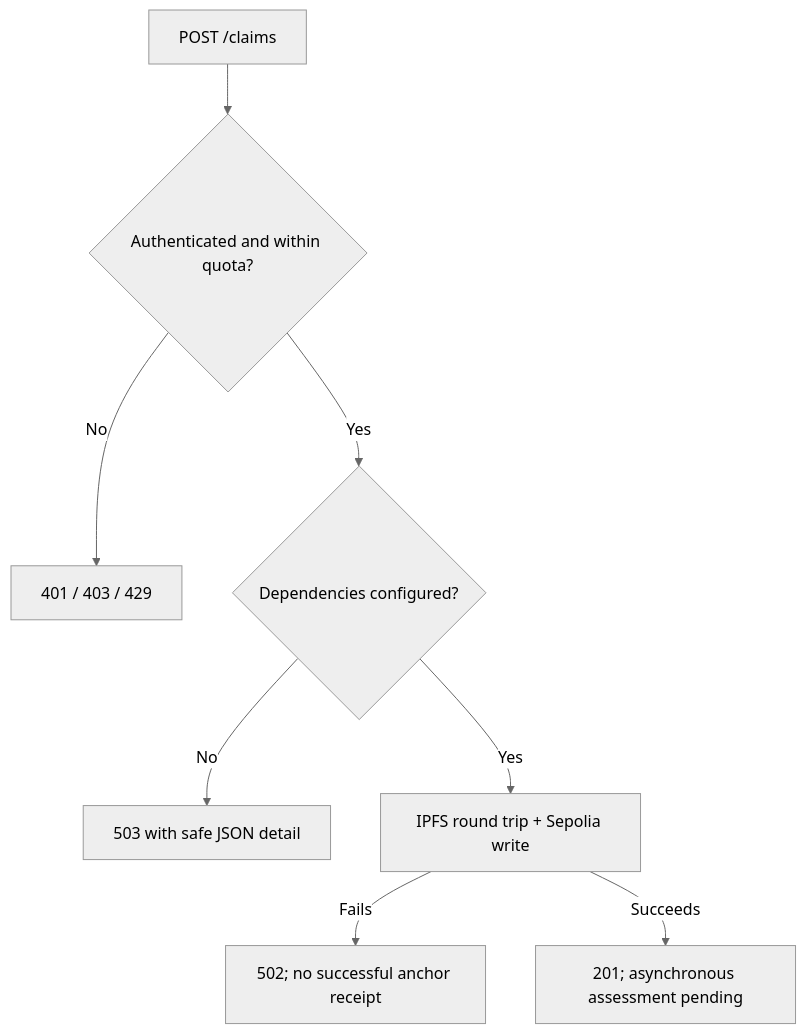
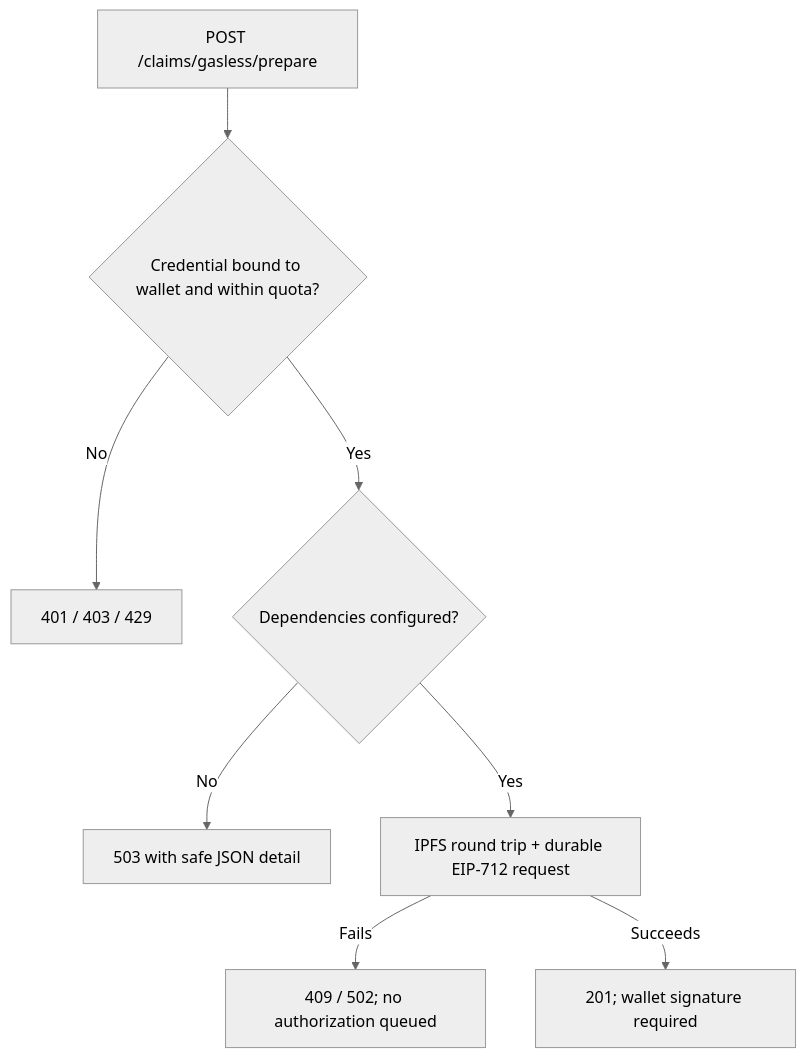
Before and after one commit to ganesh1997oli/Decentralized-Claims-Registry: the second of 2 diagrams in apps/backend/README.md, drawn with Mermaid (neutral theme). The commit also changed other lines of this file and 67 other files, not shown here.

````diff
--- a/apps/backend/README.md
+++ b/apps/backend/README.md
@@ -214,10 +262,10 @@
 ```mermaid
 flowchart TD
-    Request["POST /claims"] --> Auth{"Authenticated and within quota?"}
+    Request["POST /claims/gasless/prepare"] --> Auth{"Credential bound to wallet and within quota?"}
     Auth -->|No| FourXX["401 / 403 / 429"]
     Auth -->|Yes| Config{"Dependencies configured?"}
     Config -->|No| Unavailable["503 with safe JSON detail"]
-    Config -->|Yes| Submit["IPFS round trip + Sepolia write"]
-    Submit -->|Fails| Gateway["502; no successful anchor receipt"]
-    Submit -->|Succeeds| Created["201; asynchronous assessment pending"]
+    Config -->|Yes| Prepare["IPFS round trip + durable EIP-712 request"]
+    Prepare -->|Fails| Gateway["409 / 502; no authorization queued"]
+    Prepare -->|Succeeds| Created["201; wallet signature required"]
 ```
````
